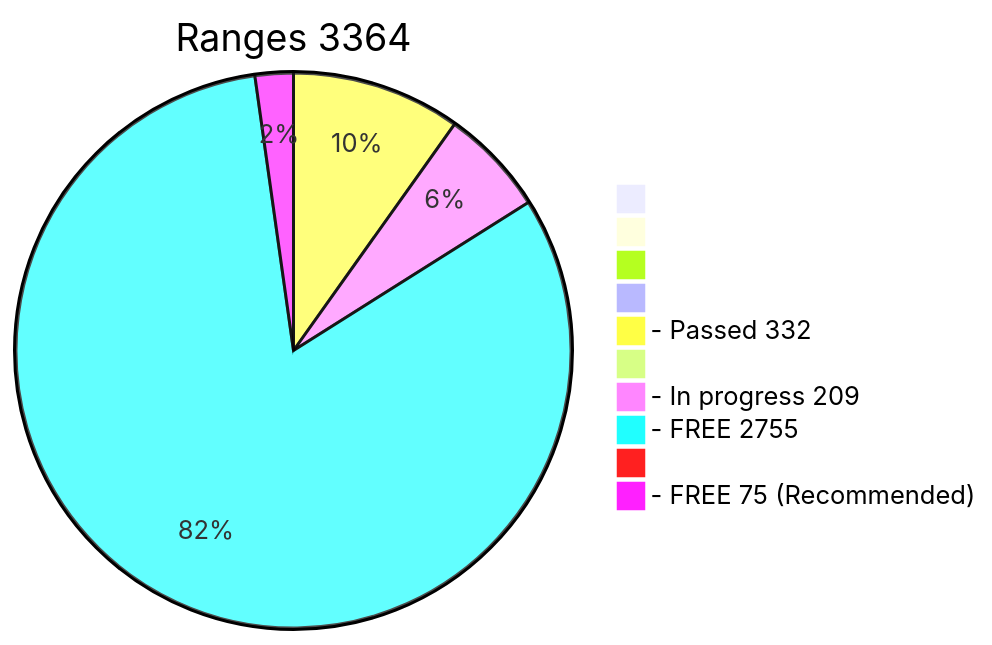
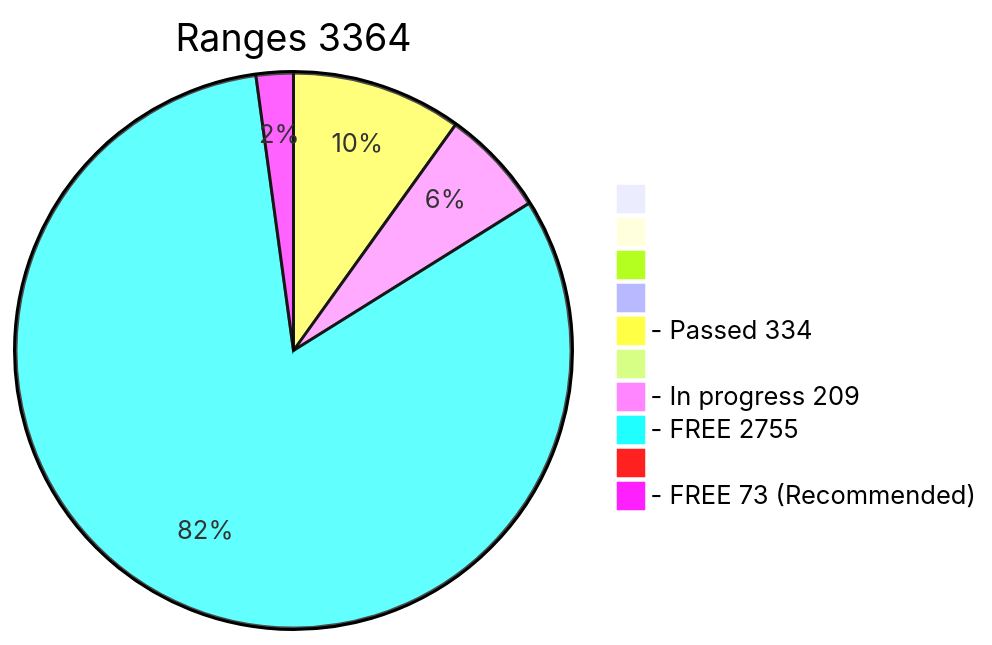
The diagram in x64/Release/table.md (phrutis/wif500), drawn with Mermaid before and after one commit. The commit also changed other lines of this file, not shown here.

````diff
--- a/x64/Release/table.md
+++ b/x64/Release/table.md
@@ -2,13 +2,13 @@
 ```mermaid
 pie title Ranges 3364
   " " : 0
   "  " : 0
   "   " : 0
   "    " : 0
-  "- Passed 332" : 332
+  "- Passed 334" : 334
   "     " : 0
   "- In progress 209" : 209
   "- FREE 2755" : 2755
   "      " : 0
-  "- FREE 75 (Recommended)" : 75
+  "- FREE 73 (Recommended)" : 73
 ```
````
